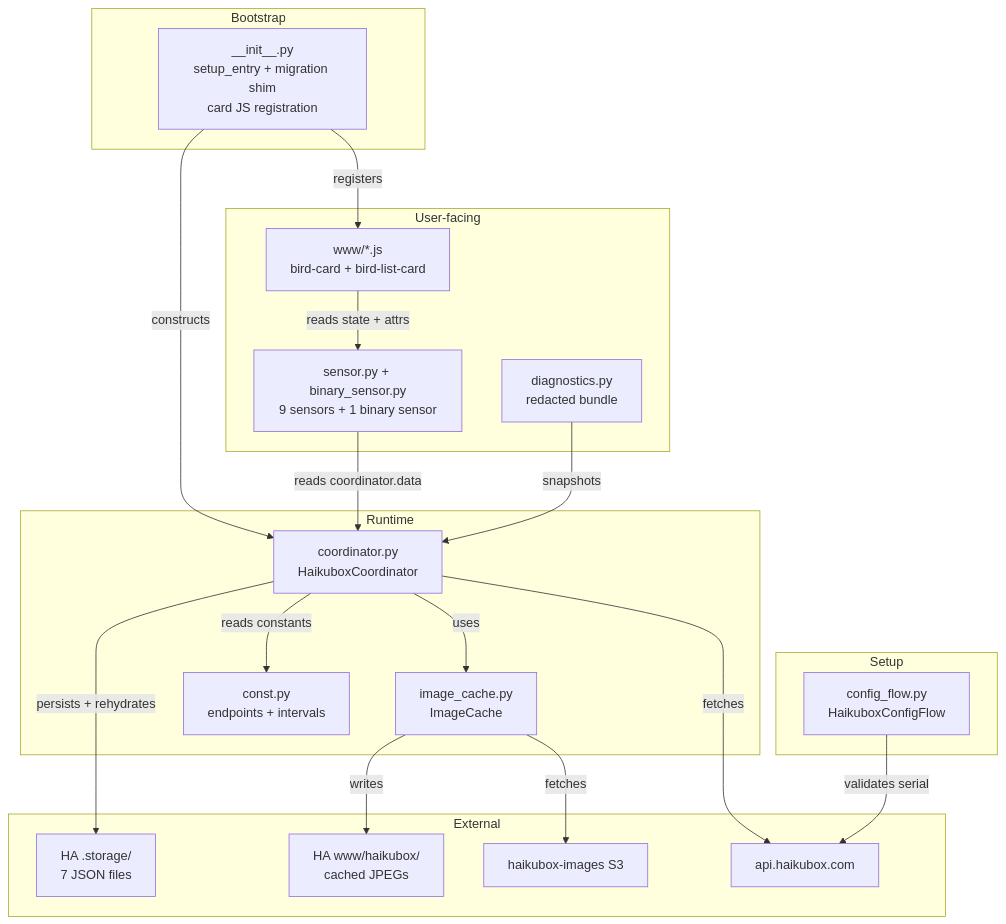
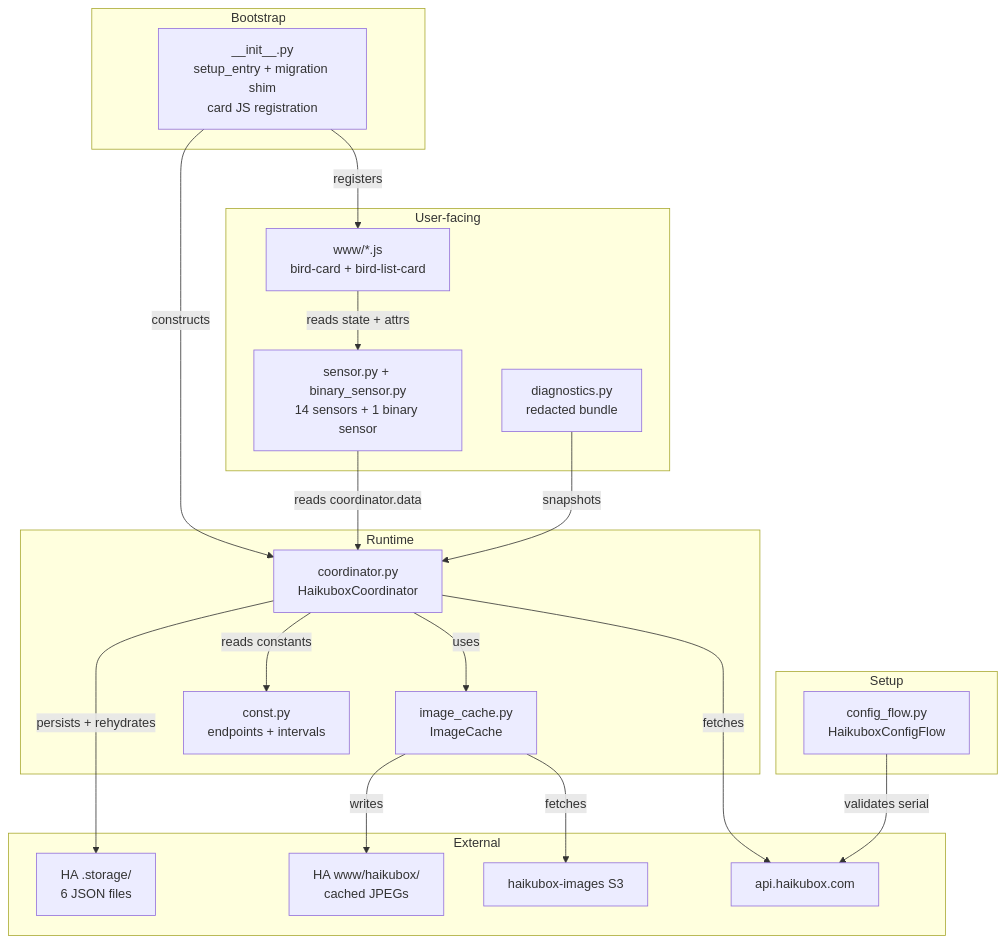
One commit to eklundjon/ha-haikubox changed the first of 3 diagrams in docs/architecture.md. Above: the diagram before and after it, drawn with Mermaid. The commit also changed other lines of this file and 5 other files, not shown here.

````diff
--- a/docs/architecture.md
+++ b/docs/architecture.md
@@ -9,42 +9,42 @@
 ```mermaid
 graph TB
     subgraph Setup
         ConfigFlow["config_flow.py<br/>HaikuboxConfigFlow"]
     end
 
     subgraph Bootstrap
         InitMod["__init__.py<br/>setup_entry + migration shim<br/>card JS registration"]
     end
 
     subgraph Runtime
         Coord["coordinator.py<br/>HaikuboxCoordinator"]
         Images["image_cache.py<br/>ImageCache"]
         Const["const.py<br/>endpoints + intervals"]
     end
 
     subgraph User-facing
-        Sensors["sensor.py + binary_sensor.py<br/>9 sensors + 1 binary sensor"]
+        Sensors["sensor.py + binary_sensor.py<br/>14 sensors + 1 binary sensor"]
         Cards["www/*.js<br/>bird-card + bird-list-card"]
         Diag["diagnostics.py<br/>redacted bundle"]
     end
 
     subgraph External
         API["api.haikubox.com"]
         S3["haikubox-images S3"]
-        HAStore["HA .storage/<br/>7 JSON files"]
+        HAStore["HA .storage/<br/>6 JSON files"]
         WWW["HA www/haikubox/<br/>cached JPEGs"]
     end
 
     ConfigFlow -- "validates serial" --> API
     InitMod -- "registers" --> Cards
     InitMod -- "constructs" --> Coord
     Coord -- "fetches" --> API
     Coord -- "uses" --> Images
     Coord -- "reads constants" --> Const
     Coord -- "persists + rehydrates" --> HAStore
     Images -- "fetches" --> S3
     Images -- "writes" --> WWW
     Sensors -- "reads coordinator.data" --> Coord
     Cards -- "reads state + attrs" --> Sensors
     Diag -- "snapshots" --> Coord
 ```
````
